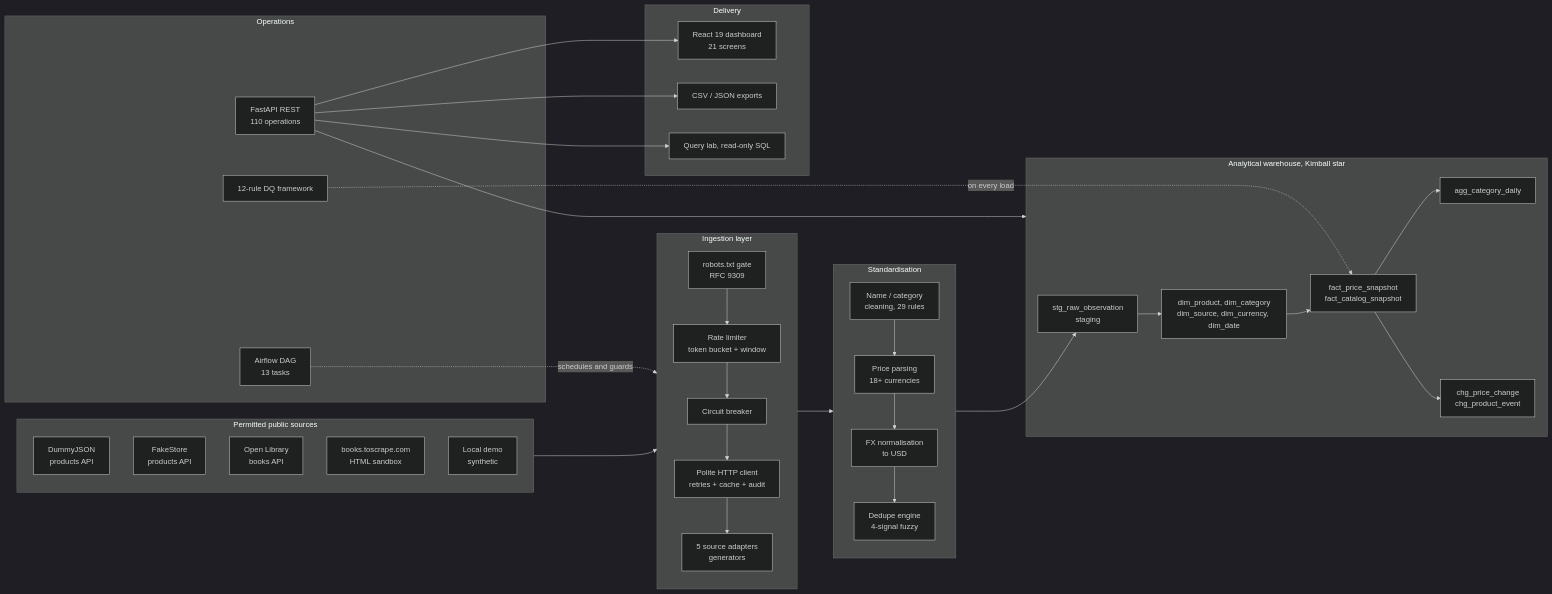
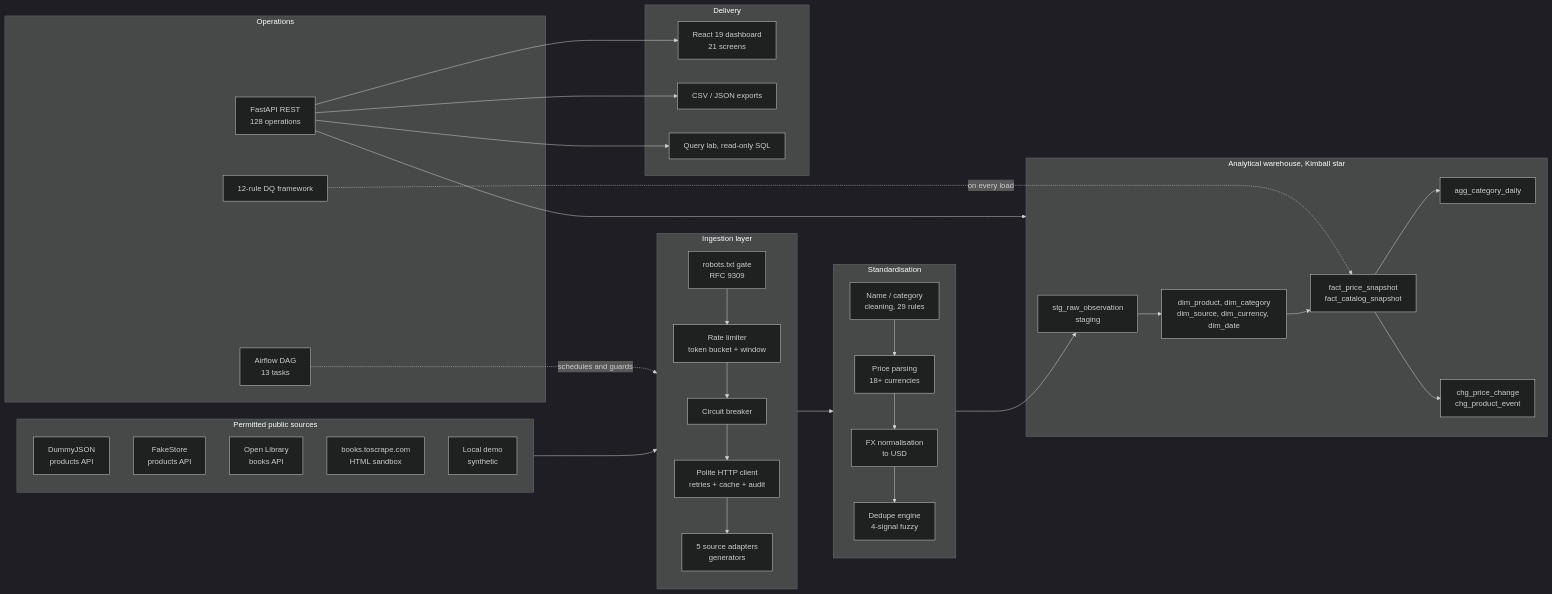
One commit to Ahmedbakr78/Web-to-Warehouse-Product-Intelligence-Pipeline changed the first of 14 diagrams in README.md. Above: the diagram before and after it, drawn with Mermaid (dark theme). The commit also changed other lines of this file and 5 other files, not shown here.

````diff
--- a/README.md
+++ b/README.md
@@ -253,55 +253,55 @@
 ```mermaid
 flowchart LR
     subgraph Sources["Permitted public sources"]
         A1["DummyJSON<br/>products API"]
         A2["FakeStore<br/>products API"]
         A3["Open Library<br/>books API"]
         A4["books.toscrape.com<br/>HTML sandbox"]
         A5["Local demo<br/>synthetic"]
     end
 
     subgraph Ingest["Ingestion layer"]
         direction TB
         R["robots.txt gate<br/>RFC 9309"]
         RL["Rate limiter<br/>token bucket + window"]
         CB["Circuit breaker"]
         HC["Polite HTTP client<br/>retries + cache + audit"]
         S["5 source adapters<br/>generators"]
         R --> RL --> CB --> HC --> S
     end
 
     subgraph Clean["Standardisation"]
         C1["Name / category<br/>cleaning, 29 rules"]
         C2["Price parsing<br/>18+ currencies"]
         C3["FX normalisation<br/>to USD"]
         DD["Dedupe engine<br/>4-signal fuzzy"]
         C1 --> C2 --> C3 --> DD
     end
 
     subgraph Wh["Analytical warehouse, Kimball star"]
         STG["stg_raw_observation<br/>staging"]
         DIM["dim_product, dim_category<br/>dim_source, dim_currency, dim_date"]
         FACT["fact_price_snapshot<br/>fact_catalog_snapshot"]
         AGG["agg_category_daily"]
         CHG["chg_price_change<br/>chg_product_event"]
         STG --> DIM --> FACT --> AGG & CHG
     end
 
     subgraph Ops["Operations"]
         AF["Airflow DAG<br/>13 tasks"]
-        API["FastAPI REST<br/>110 operations"]
+        API["FastAPI REST<br/>128 operations"]
         DQ["12-rule DQ framework"]
     end
 
     subgraph UI["Delivery"]
         RE["React 19 dashboard<br/>21 screens"]
         EXP["CSV / JSON exports"]
         QL["Query lab, read-only SQL"]
     end
 
     Sources --> Ingest --> Clean --> STG
     AF -.schedules and guards.-> Ingest
     API --> Wh
     API --> RE & EXP & QL
     DQ -.on every load.-> FACT
 ```
````
